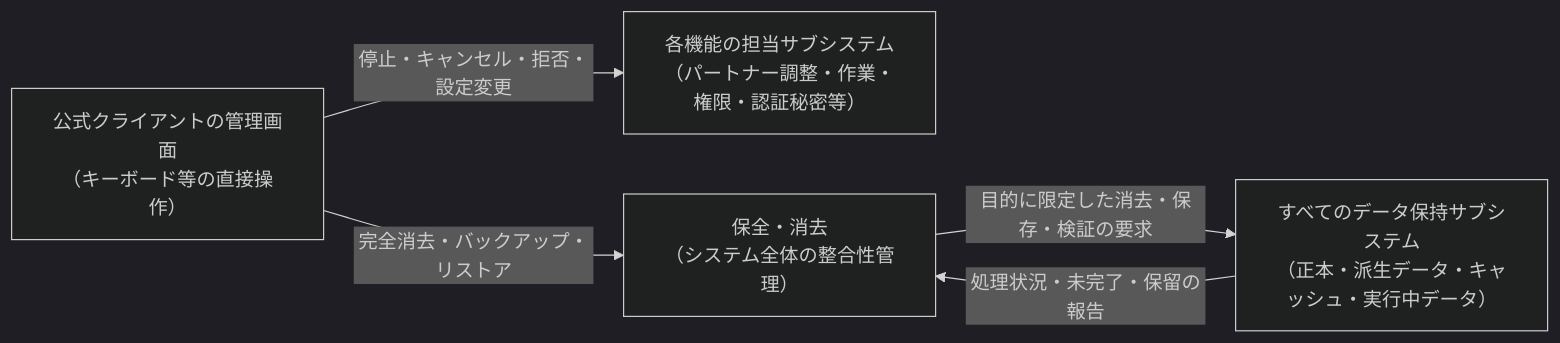
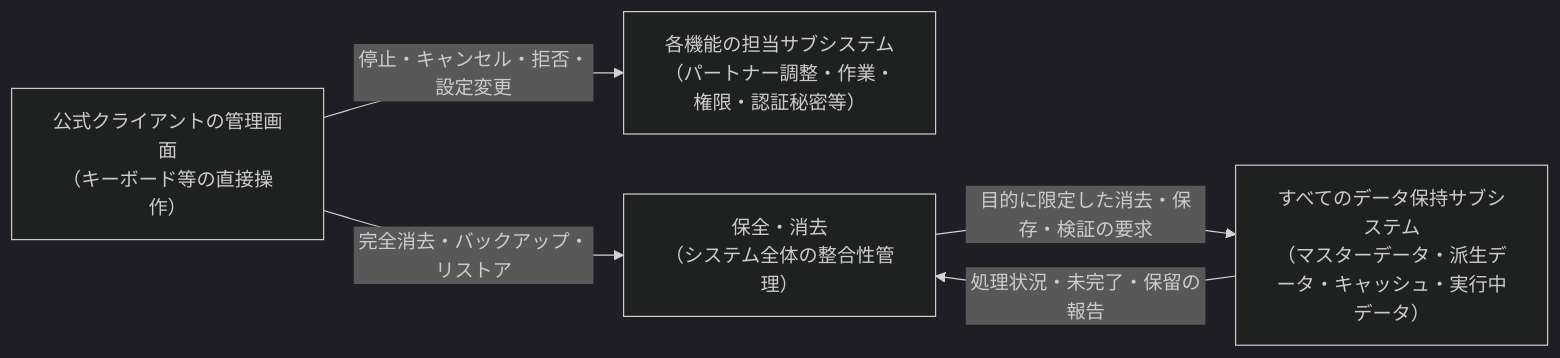
The third of 3 diagrams in docs/design/architecture/dependency-rules.md (pexisgle/ene), drawn with Mermaid (dark theme) before and after one commit. The commit also changed other lines of this file and 23 other files, not shown here.

````diff
--- a/docs/design/architecture/dependency-rules.md
+++ b/docs/design/architecture/dependency-rules.md
@@ -416,11 +416,11 @@
 ```mermaid
 flowchart LR
     ui["公式クライアントの管理画面<br/>（キーボード等の直接操作）"]
     control["各機能の担当サブシステム<br/>（パートナー調整・作業・権限・認証秘密等）"]
     preserve["保全・消去<br/>（システム全体の整合性管理）"]
-    participants["すべてのデータ保持サブシステム<br/>（正本・派生データ・キャッシュ・実行中データ）"]
+    participants["すべてのデータ保持サブシステム<br/>（マスターデータ・派生データ・キャッシュ・実行中データ）"]
     ui -->|"停止・キャンセル・拒否・設定変更"| control
     ui -->|"完全消去・バックアップ・リストア"| preserve
     preserve -->|"目的に限定した消去・保存・検証の要求"| participants
     participants -->|"処理状況・未完了・保留の報告"| preserve
 ```
````
